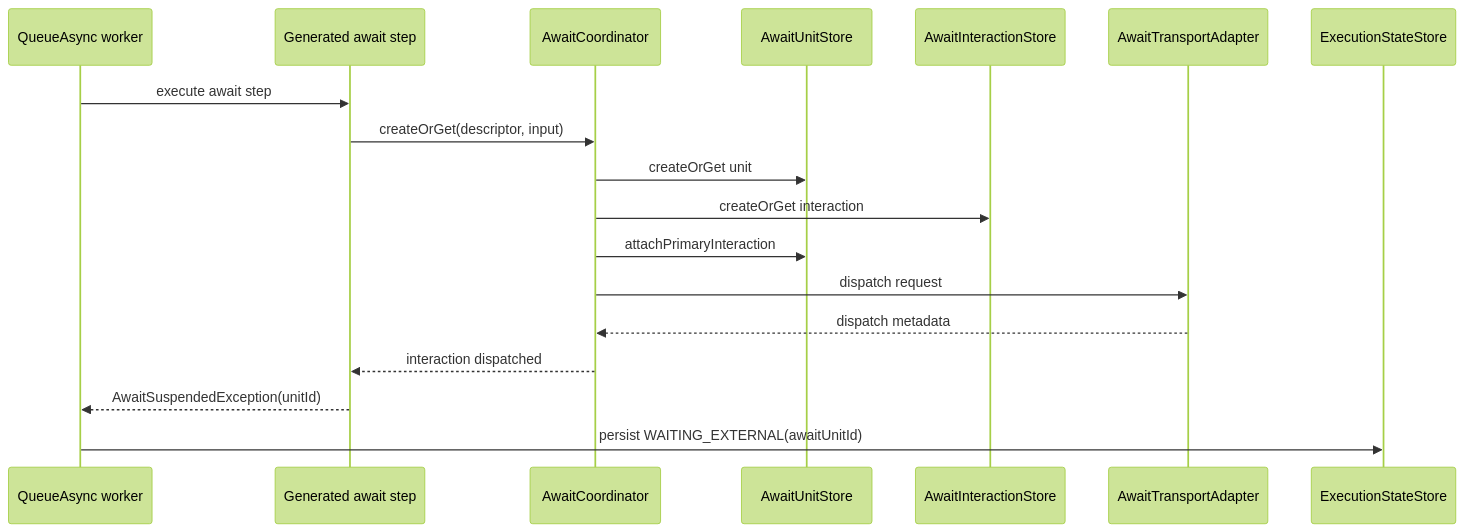
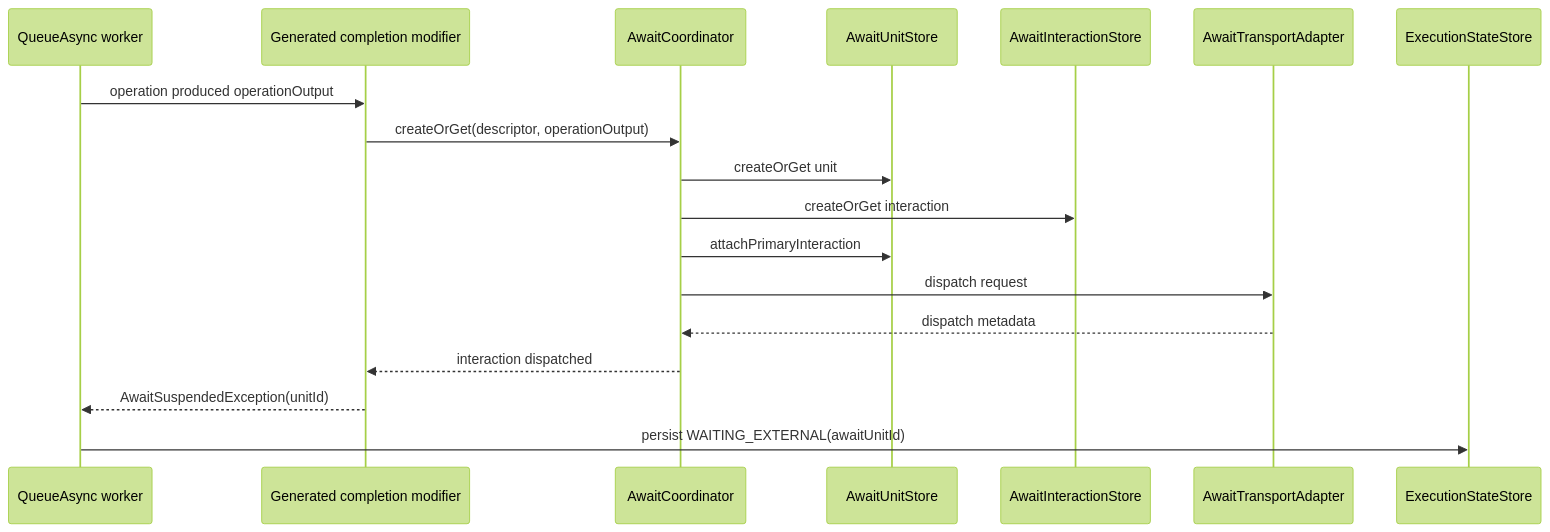
The first of 10 diagrams in docs/evolve/await-unit-runtime/sequences.md (The-Pipeline-Framework/pipelineframework), drawn with Mermaid (forest theme) before and after one commit. The commit also changed other lines of this file and 26 other files, not shown here.

First line of the commit message:
Document deferred completion and refresh Await replay proof (#796)

````diff
--- a/docs/evolve/await-unit-runtime/sequences.md
+++ b/docs/evolve/await-unit-runtime/sequences.md
@@ -7,21 +7,21 @@
 ```mermaid
 sequenceDiagram
     participant Worker as QueueAsync worker
-    participant Step as Generated await step
+    participant Step as Generated completion modifier
     participant Coord as AwaitCoordinator
     participant UnitStore as AwaitUnitStore
     participant InteractionStore as AwaitInteractionStore
     participant Adapter as AwaitTransportAdapter
     participant ExecStore as ExecutionStateStore
 
-    Worker->>Step: execute await step
-    Step->>Coord: createOrGet(descriptor, input)
+    Worker->>Step: operation produced operationOutput
+    Step->>Coord: createOrGet(descriptor, operationOutput)
     Coord->>UnitStore: createOrGet unit
     Coord->>InteractionStore: createOrGet interaction
     Coord->>UnitStore: attachPrimaryInteraction
     Coord->>Adapter: dispatch request
     Adapter-->>Coord: dispatch metadata
     Coord-->>Step: interaction dispatched
     Step-->>Worker: AwaitSuspendedException(unitId)
     Worker->>ExecStore: persist WAITING_EXTERNAL(awaitUnitId)
 ```
````
